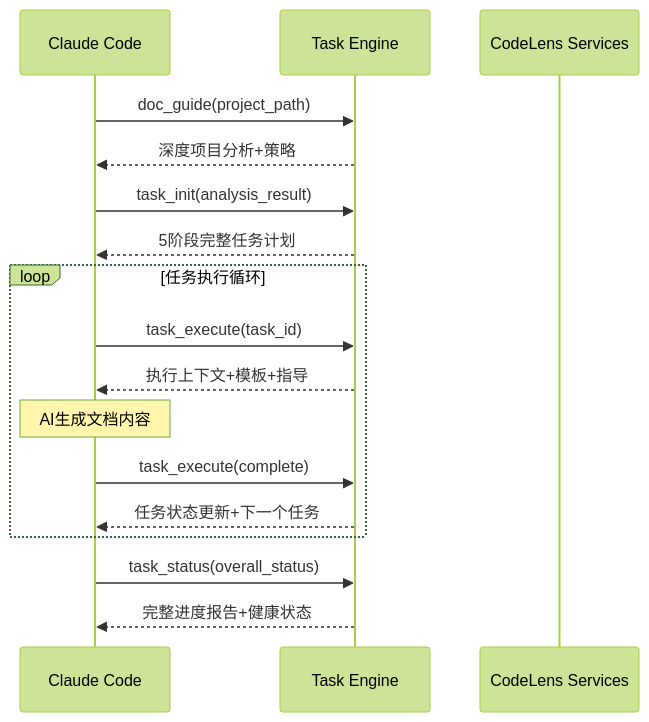
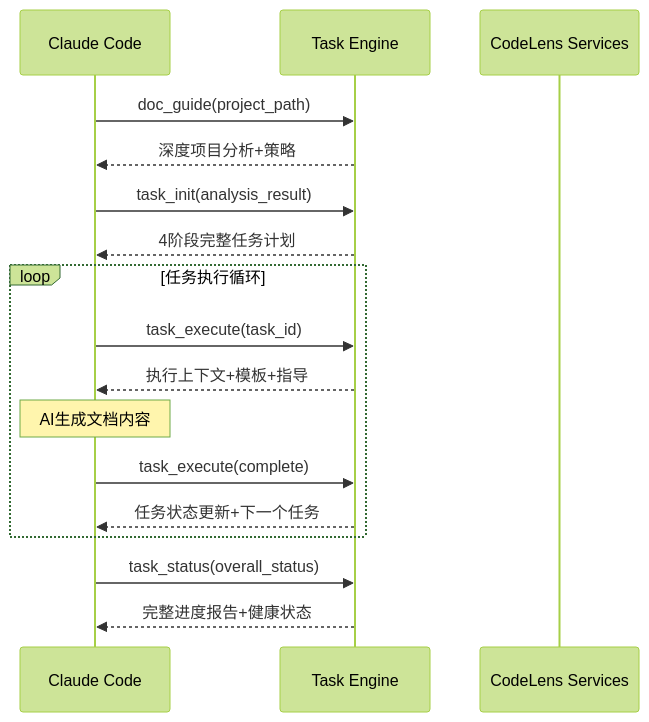
One commit to MGX-LJY/CodeLens changed the diagram in docs/project/README.md. Above: the diagram before and after it, drawn with Mermaid (forest theme). The commit also changed other lines of this file and 37 other files, not shown here.

````diff
--- a/docs/project/README.md
+++ b/docs/project/README.md
@@ -177,23 +170,23 @@
 ```mermaid
 sequenceDiagram
     participant CC as Claude Code
     participant TE as Task Engine
     participant CL as CodeLens Services
     
     CC->>TE: doc_guide(project_path)
     TE-->>CC: 深度项目分析+策略
     
     CC->>TE: task_init(analysis_result)
-    TE-->>CC: 5阶段完整任务计划
+    TE-->>CC: 4阶段完整任务计划
     
     loop 任务执行循环
         CC->>TE: task_execute(task_id)
         TE-->>CC: 执行上下文+模板+指导
         Note over CC: AI生成文档内容
         CC->>TE: task_execute(complete)
         TE-->>CC: 任务状态更新+下一个任务
     end
     
     CC->>TE: task_status(overall_status)
     TE-->>CC: 完整进度报告+健康状态
 ```
````
